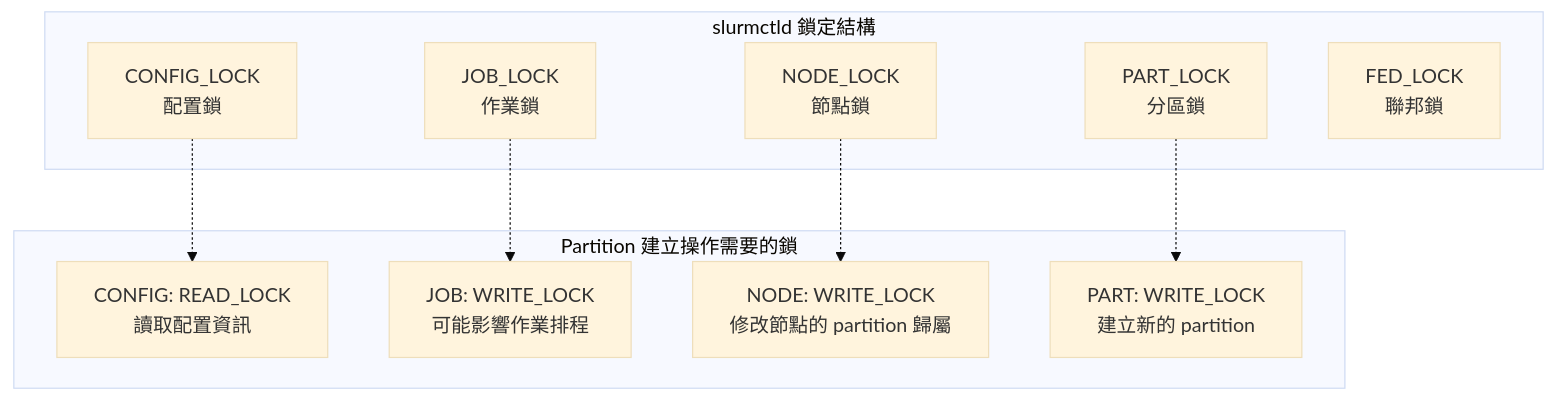
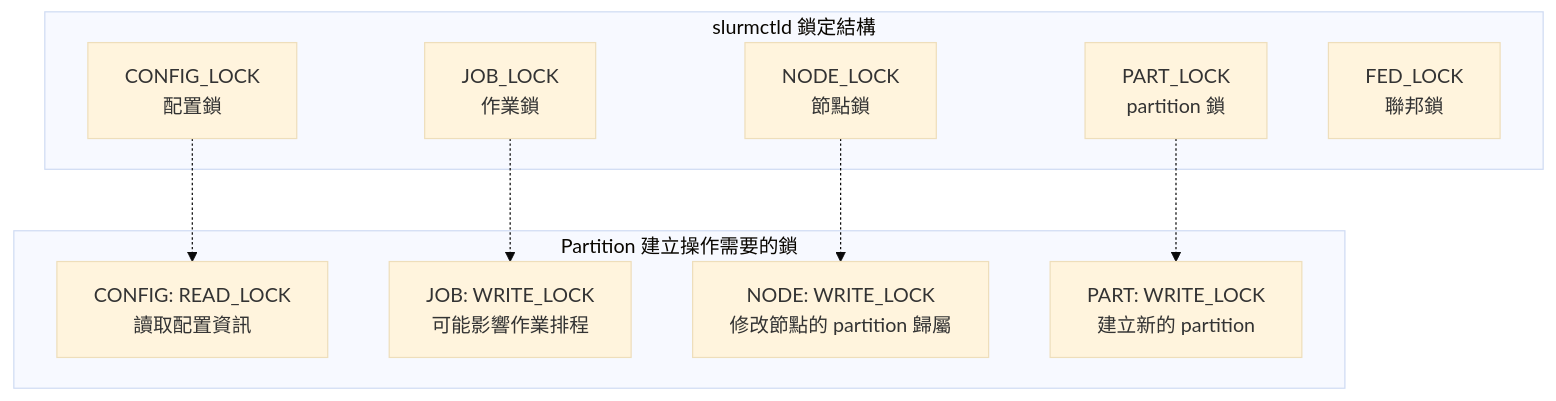
One commit to pichiu/slurm changed the fourth of 11 diagrams in _bmad-output/technical-reference/internals/scontrol-create-partition-flow.md. Above: the diagram before and after it, drawn with Mermaid (base theme). The commit also changed other lines of this file, not shown here.

First line of the commit message:
docs: 統一術語使用 partition 而非分區

````diff
--- a/_bmad-output/technical-reference/internals/scontrol-create-partition-flow.md
+++ b/_bmad-output/technical-reference/internals/scontrol-create-partition-flow.md
@@ -212,22 +212,22 @@
 ```mermaid
 flowchart TD
     subgraph Locks["slurmctld 鎖定結構"]
         L1[CONFIG_LOCK<br/>配置鎖]
         L2[JOB_LOCK<br/>作業鎖]
         L3[NODE_LOCK<br/>節點鎖]
-        L4[PART_LOCK<br/>分區鎖]
+        L4[PART_LOCK<br/>partition 鎖]
         L5[FED_LOCK<br/>聯邦鎖]
     end
 
     subgraph Operations["Partition 建立操作需要的鎖"]
         O1["CONFIG: READ_LOCK<br/>讀取配置資訊"]
         O2["JOB: WRITE_LOCK<br/>可能影響作業排程"]
         O3["NODE: WRITE_LOCK<br/>修改節點的 partition 歸屬"]
         O4["PART: WRITE_LOCK<br/>建立新的 partition"]
     end
 
     L1 -.-> O1
     L2 -.-> O2
     L3 -.-> O3
     L4 -.-> O4
 ```
````
